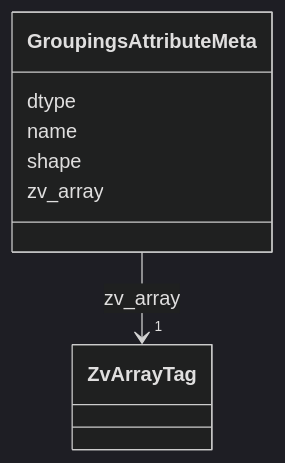
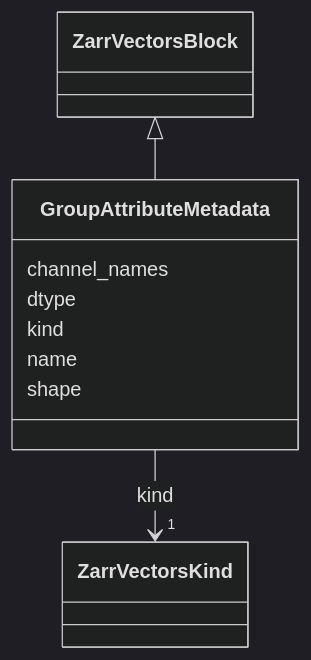
One commit to AllenInstitute/zarr-vectors-py changed the ninth of 35 diagrams in schema/reference.md. Above: the diagram before and after it, drawn with Mermaid (dark theme). The commit also changed other lines of this file and 14 other files, not shown here.

First line of the commit message:
Replace the LinkML schema with the convention's model from zarr_vectors

````diff
--- a/schema/reference.md
+++ b/schema/reference.md
@@ -2473,23 +2783,28 @@
 ```mermaid
  classDiagram
-    class GroupingsAttributeMeta
-    click GroupingsAttributeMeta href "../GroupingsAttributeMeta/"
-      GroupingsAttributeMeta : dtype
+    class GroupAttributeMetadata
+    click GroupAttributeMetadata href "../GroupAttributeMetadata/"
+      ZarrVectorsBlock <|-- GroupAttributeMetadata
+        click ZarrVectorsBlock href "../ZarrVectorsBlock/"
+      
+      GroupAttributeMetadata : channel_names
         
-      GroupingsAttributeMeta : name
+      GroupAttributeMetadata : dtype
         
-      GroupingsAttributeMeta : shape
-        
-      GroupingsAttributeMeta : zv_array
+      GroupAttributeMetadata : kind
         
           
     
         
         
-        GroupingsAttributeMeta --> "1" ZvArrayTag : zv_array
-        click ZvArrayTag href "../ZvArrayTag/"
+        GroupAttributeMetadata --> "1" ZarrVectorsKind : kind
+        click ZarrVectorsKind href "../ZarrVectorsKind/"
     
 
         
+      GroupAttributeMetadata : name
+        
+      GroupAttributeMetadata : shape
+        
       
 ```
````
